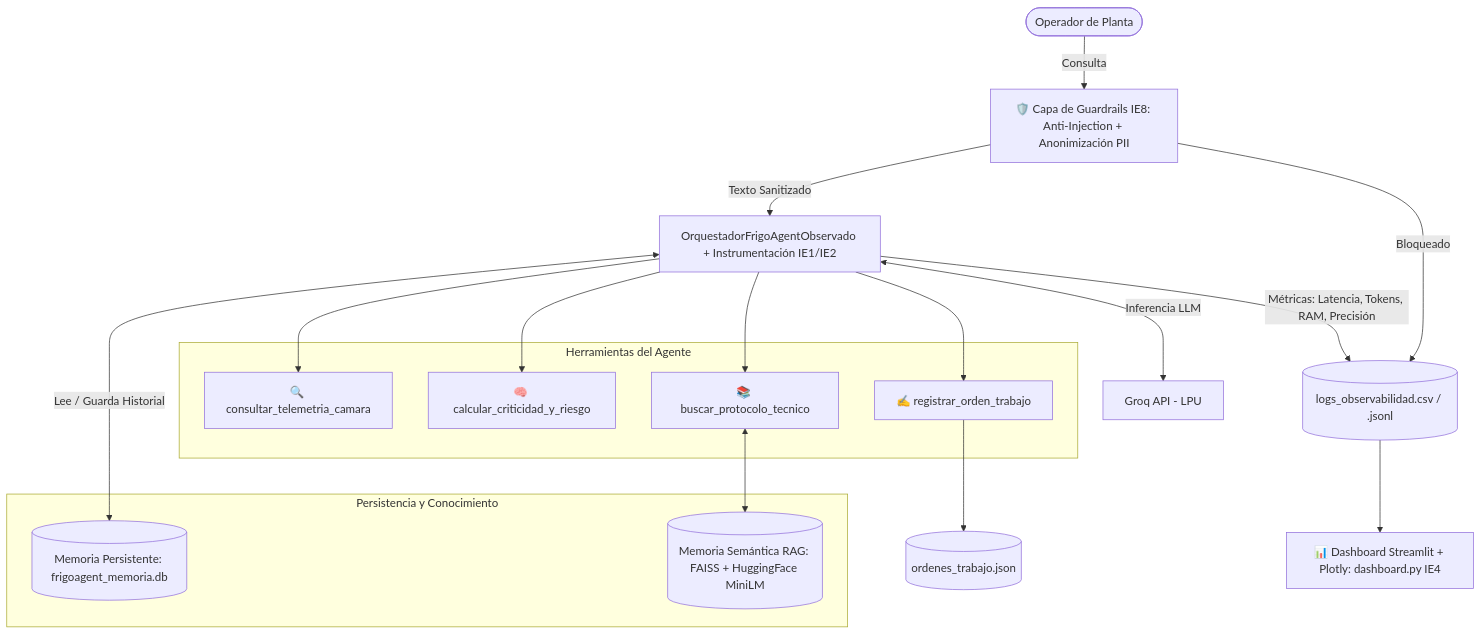
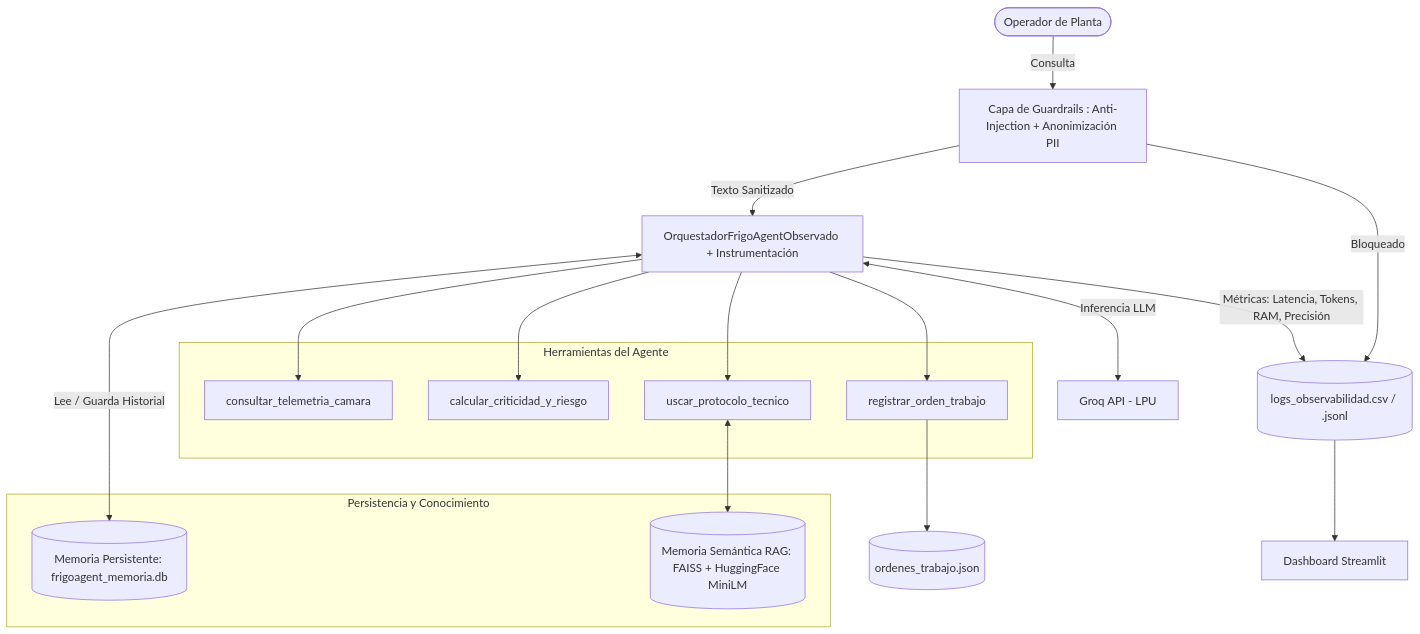
Before and after one commit to sergioortiza/evaluacion3_solucionesconia: the diagram in README.md, drawn with Mermaid. The commit also changed other lines of this file, not shown here.

````diff
--- a/README.md
+++ b/README.md
@@ -16,27 +16,27 @@
 ```mermaid
 graph TD
-    User([Operador de Planta]) -->|Consulta| Guard[🛡️ Capa de Guardrails IE8: Anti-Injection + Anonimización PII]
+    User([Operador de Planta]) -->|Consulta| Guard[Capa de Guardrails : Anti-Injection + Anonimización PII]
     Guard -->|Bloqueado| LogSec[(logs_observabilidad.csv / .jsonl)]
-    Guard -->|Texto Sanitizado| Agent[OrquestadorFrigoAgentObservado + Instrumentación IE1/IE2]
+    Guard -->|Texto Sanitizado| Agent[OrquestadorFrigoAgentObservado + Instrumentación ]
 
     subgraph Persistencia y Conocimiento
         SQLite[(Memoria Persistente: frigoagent_memoria.db)]
         FAISS[(Memoria Semántica RAG: FAISS + HuggingFace MiniLM)]
     end
 
     subgraph Herramientas del Agente
-        T1[🔍 consultar_telemetria_camara]
-        T2[🧠 calcular_criticidad_y_riesgo]
-        T3[📚 buscar_protocolo_tecnico]
-        T4[✍️ registrar_orden_trabajo]
+        T1[consultar_telemetria_camara]
+        T2[calcular_criticidad_y_riesgo]
+        T3[uscar_protocolo_tecnico]
+        T4[registrar_orden_trabajo]
     end
 
     Agent <-->|Lee / Guarda Historial| SQLite
     Agent <-->|Inferencia LLM| LLM[Groq API - LPU]
     Agent --> T1 & T2 & T3 & T4
     T3 <--> FAISS
     T4 --> OT[(ordenes_trabajo.json)]
 
     Agent -->|Métricas: Latencia, Tokens, RAM, Precisión| LogSec
-    LogSec --> Dash[📊 Dashboard Streamlit + Plotly: dashboard.py IE4]
+    LogSec --> Dash[Dashboard Streamlit]
 ```
````
